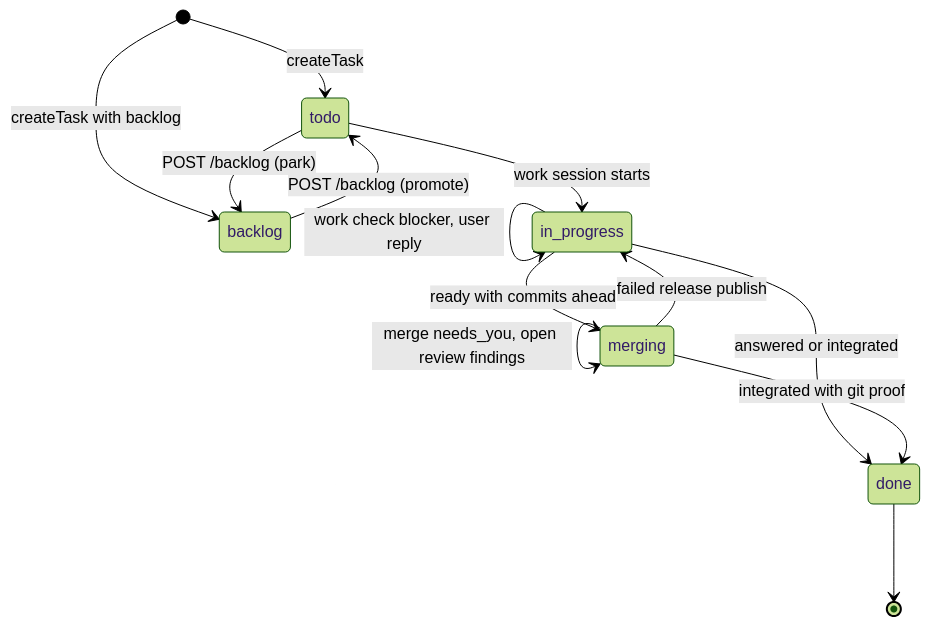
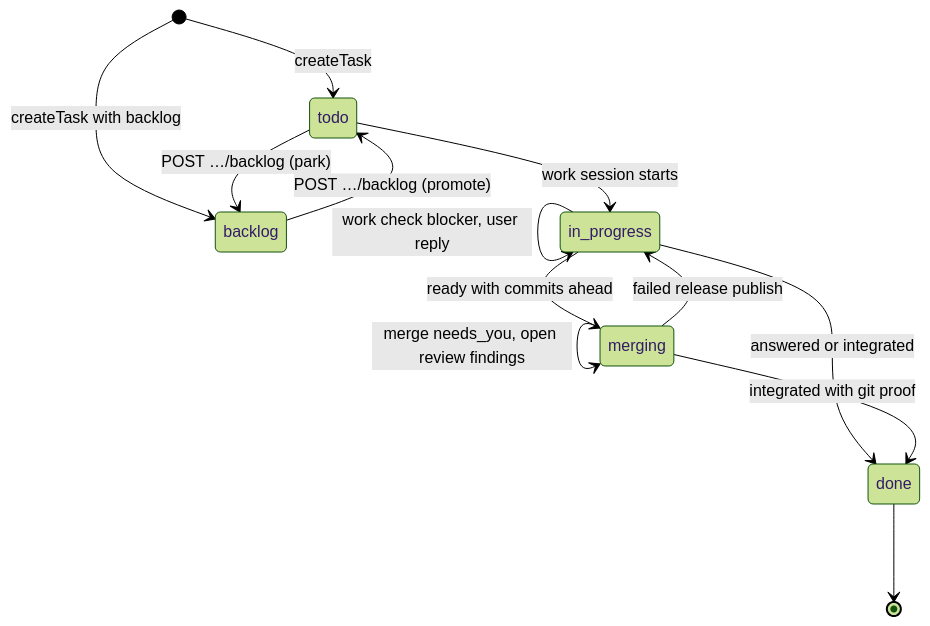
The third of 4 diagrams in docs/how-it-works.md (ottr-ai/ottr), drawn with Mermaid (forest theme) before and after one commit. The commit also changed 1 other file, not shown here.

Commit message:
docs: correct the max-total env and check notes

````diff
--- a/docs/how-it-works.md
+++ b/docs/how-it-works.md
@@ -127,15 +127,15 @@
 ```mermaid
 stateDiagram-v2
   [*] --> todo: createTask
   [*] --> backlog: createTask with backlog
-  backlog --> todo: POST /backlog (promote)
-  todo --> backlog: POST /backlog (park)
+  backlog --> todo: POST …/backlog (promote)
+  todo --> backlog: POST …/backlog (park)
   todo --> in_progress: work session starts
   in_progress --> in_progress: work check blocker, user reply
   in_progress --> merging: ready with commits ahead
   in_progress --> done: answered or integrated
   merging --> merging: merge needs_you, open review findings
   merging --> done: integrated with git proof
   merging --> in_progress: failed release publish
   done --> [*]
 ```
````
